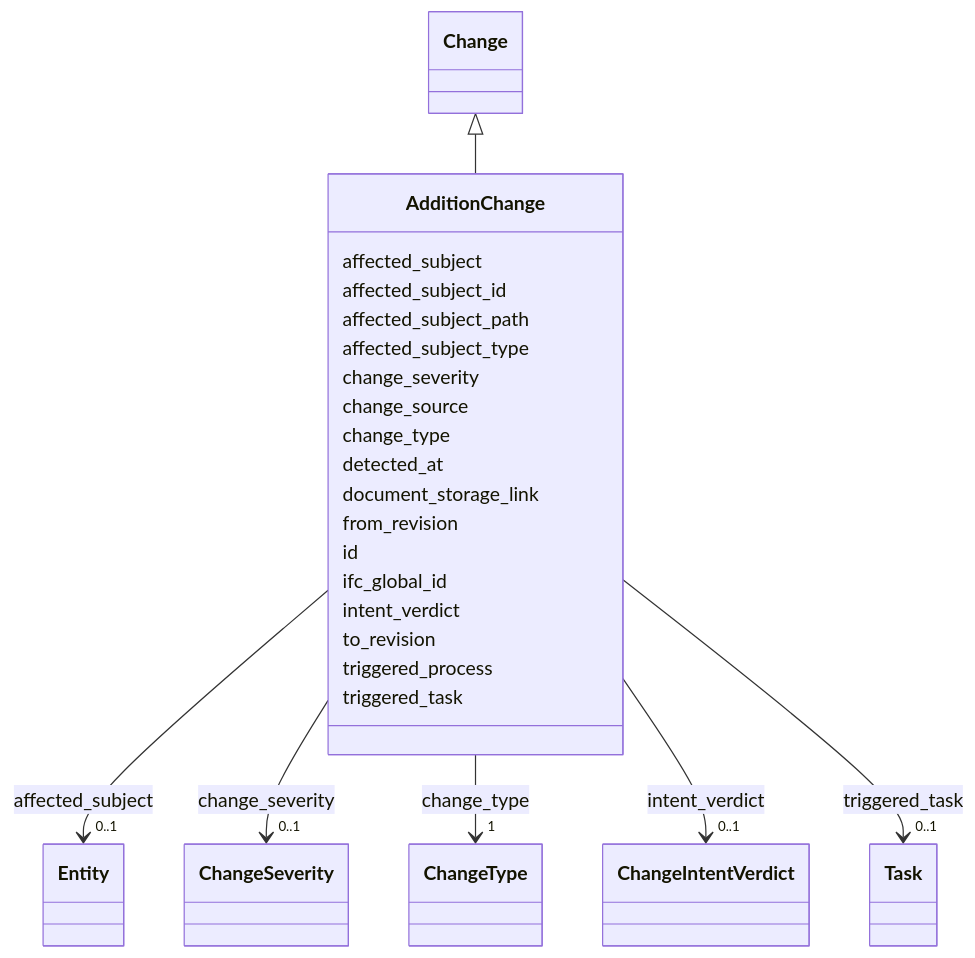
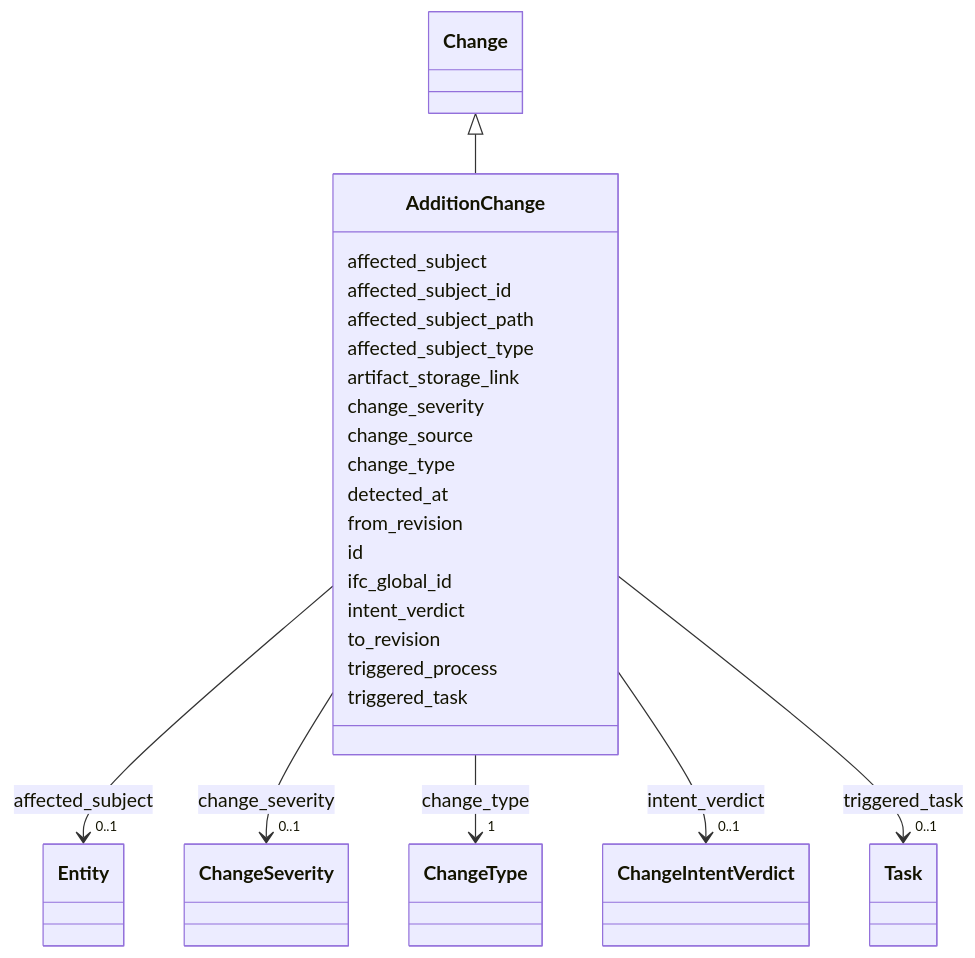
One commit to simondilhas/pragmatic-bim-data-contract changed the diagram in site/schema/AdditionChange.md. Above: the diagram before and after it, drawn with Mermaid. The commit also changed other lines of this file and 510 other files, not shown here.

First line of the commit message:
Update mkdocs configuration, schema files, and documentation for improved clarity and consistency

````diff
--- a/site/schema/AdditionChange.md
+++ b/site/schema/AdditionChange.md
@@ -23,33 +23,33 @@
 ```mermaid
  classDiagram
     class AdditionChange
     click AdditionChange href "./AdditionChange.html"
       Change <|-- AdditionChange
         click Change href "./Change.html"
       AdditionChange : affected_subject
         AdditionChange --> "0..1" Entity : affected_subject
         click Entity href "./Entity.html"
       AdditionChange : affected_subject_id
       AdditionChange : affected_subject_path
       AdditionChange : affected_subject_type
+      AdditionChange : artifact_storage_link
       AdditionChange : change_severity
         AdditionChange --> "0..1" ChangeSeverity : change_severity
         click ChangeSeverity href "./ChangeSeverity.html"
       AdditionChange : change_source
       AdditionChange : change_type
         AdditionChange --> "1" ChangeType : change_type
         click ChangeType href "./ChangeType.html"
       AdditionChange : detected_at
-      AdditionChange : document_storage_link
       AdditionChange : from_revision
       AdditionChange : id
       AdditionChange : ifc_global_id
       AdditionChange : intent_verdict
         AdditionChange --> "0..1" ChangeIntentVerdict : intent_verdict
         click ChangeIntentVerdict href "./ChangeIntentVerdict.html"
       AdditionChange : to_revision
       AdditionChange : triggered_process
       AdditionChange : triggered_task
         AdditionChange --> "0..1" Task : triggered_task
         click Task href "./Task.html"
 ```
````
